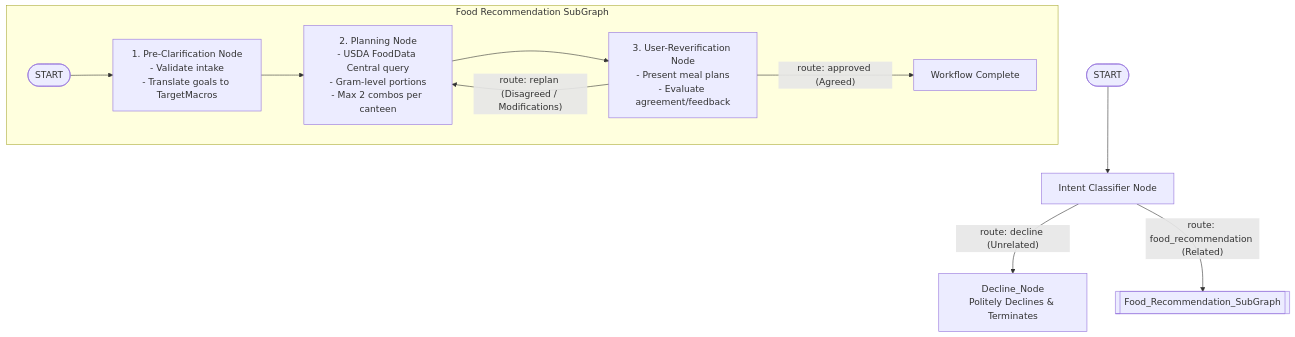
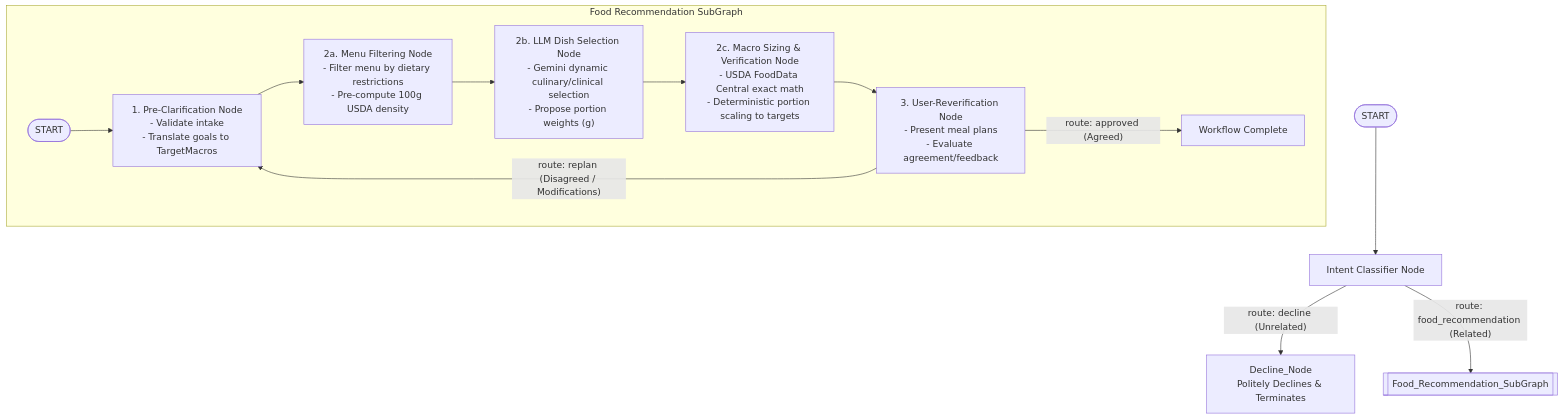
The diagram in README.md (SherryWu178/ai-in-5-days), drawn with Mermaid before and after one commit. The commit also changed other lines of this file and 12 other files, not shown here.

Commit message:
feat(planning): implement 3-stage hybrid planning pipeline, RequestInput reverification, and replan loop to pre_clarification

````diff
--- a/README.md
+++ b/README.md
@@ -9,16 +9,18 @@
 ```mermaid
 flowchart TD
     START([START]) --> Classifier[Intent Classifier Node]
     
-    Classifier -- "route: decline (Unrelated)" --> Decline[Decline_Node\nPolitely Declines & Terminates]
-    Classifier -- "route: food_recommendation (Related)" --> SubGraph[[Food_Recommendation_SubGraph]]
+    Classifier -- "route: decline (Unrelated)" --> Decline["Decline_Node<br>Politely Declines & Terminates"]
+    Classifier -- "route: food_recommendation (Related)" --> SubGraph[["Food_Recommendation_SubGraph"]]
     
     subgraph SubGraph_Workflow [Food Recommendation SubGraph]
-        SG_START([START]) --> PreClarification[1. Pre-Clarification Node\n- Validate intake\n- Translate goals to TargetMacros]
-        PreClarification --> Planning[2. Planning Node\n- USDA FoodData Central query\n- Gram-level portions\n- Max 2 combos per canteen]
-        Planning --> Reverification[3. User-Reverification Node\n- Present meal plans\n- Evaluate agreement/feedback]
+        SG_START([START]) --> PreClarification["1. Pre-Clarification Node<br>- Validate intake<br>- Translate goals to TargetMacros"]
+        PreClarification --> MenuFilter["2a. Menu Filtering Node<br>- Filter menu by dietary restrictions<br>- Pre-compute 100g USDA density"]
+        MenuFilter --> LLMSelect["2b. LLM Dish Selection Node<br>- Gemini dynamic culinary/clinical selection<br>- Propose portion weights (g)"]
+        LLMSelect --> MacroSize["2c. Macro Sizing & Verification Node<br>- USDA FoodData Central exact math<br>- Deterministic portion scaling to targets"]
+        MacroSize --> Reverification["3. User-Reverification Node<br>- Present meal plans<br>- Evaluate agreement/feedback"]
         
-        Reverification -- "route: replan (Disagreed / Modifications)" --> Planning
-        Reverification -- "route: approved (Agreed)" --> Finish[Workflow Complete]
+        Reverification -- "route: replan (Disagreed / Modifications)" --> PreClarification
+        Reverification -- "route: approved (Agreed)" --> Finish["Workflow Complete"]
     end
 ```
````
